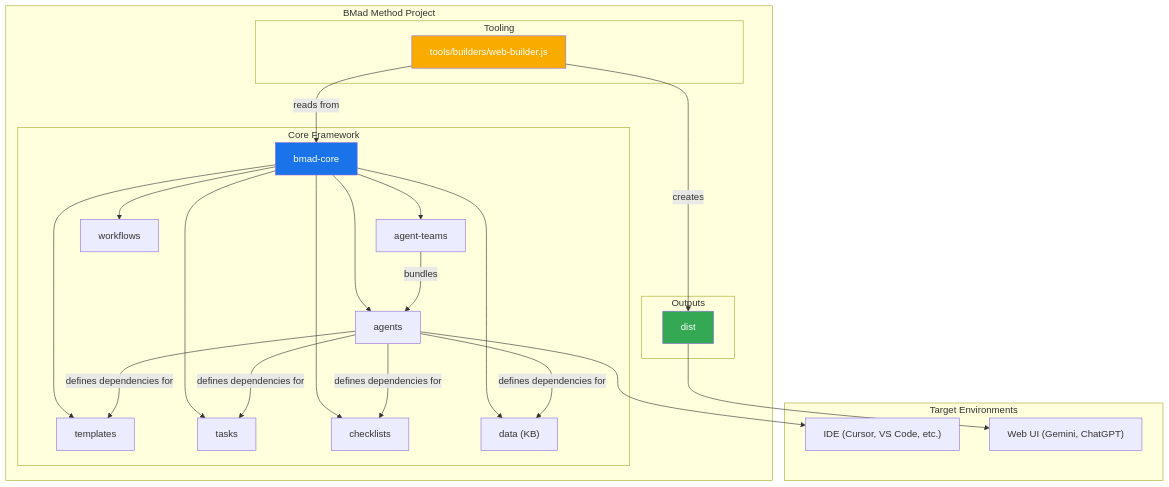
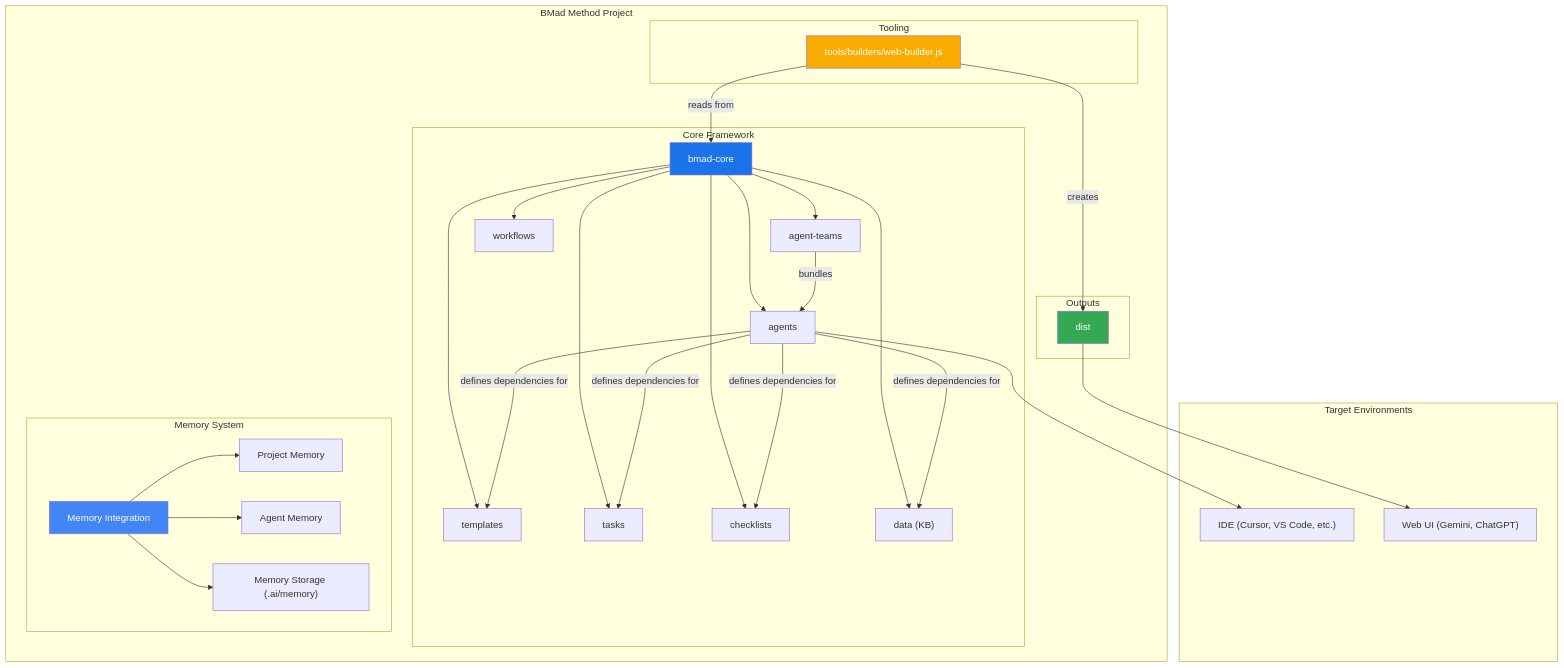
Before and after one commit to alvin-chang/BMAD-METHOD: the first of 3 diagrams in docs/core-architecture.md, drawn with Mermaid. The commit also changed other lines of this file and 9 other files, not shown here.

````diff
--- a/docs/core-architecture.md
+++ b/docs/core-architecture.md
@@ -17,44 +17,52 @@
 ```mermaid
 graph TD
     subgraph BMad Method Project
         subgraph Core Framework
             A["bmad-core"]
             A --> B["agents"]
             A --> C["agent-teams"]
             A --> D["workflows"]
             A --> E["templates"]
             A --> F["tasks"]
             A --> G["checklists"]
             A --> H["data (KB)"]
+        end
+
+        subgraph Memory System
+            M["Memory Integration"]
+            M --> N["Project Memory"]
+            M --> O["Agent Memory"]
+            M --> P["Memory Storage (.ai/memory)"]
         end
 
         subgraph Tooling
             I["tools/builders/web-builder.js"]
         end
 
         subgraph Outputs
             J["dist"]
         end
 
         B -- defines dependencies for --> E
         B -- defines dependencies for --> F
         B -- defines dependencies for --> G
         B -- defines dependencies for --> H
 
         C -- bundles --> B
         I -- reads from --> A
         I -- creates --> J
     end
 
     subgraph Target Environments
         K["IDE (Cursor, VS Code, etc.)"]
         L["Web UI (Gemini, ChatGPT)"]
     end
 
     B --> K
     J --> L
 
     style A fill:#1a73e8,color:#fff
     style I fill:#f9ab00,color:#fff
     style J fill:#34a853,color:#fff
+    style M fill:#4285f4,color:#fff
 ```
````
